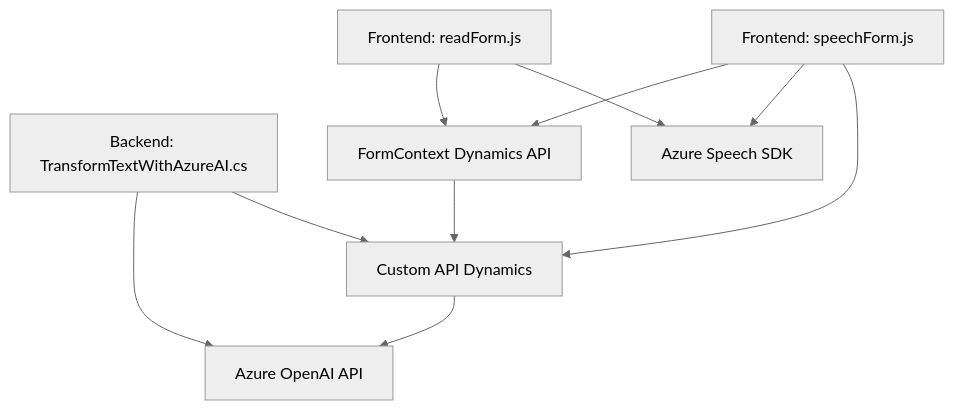
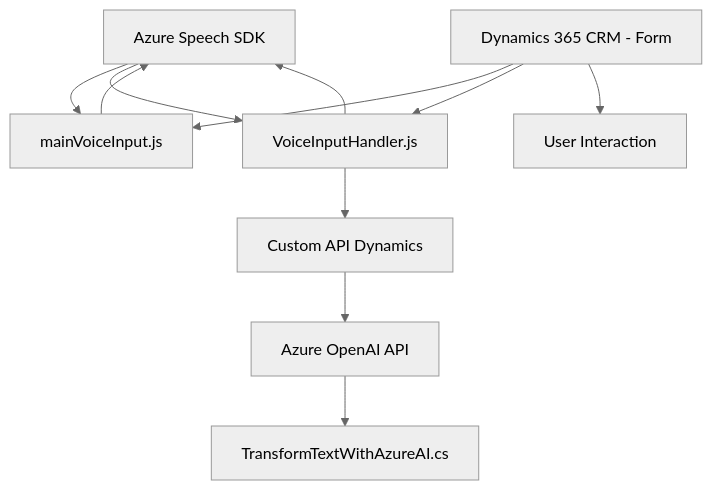
Before and after one commit to blopezdm/NETCORE_BILBAO2025: the diagram in README.md, drawn with Mermaid (neutral theme). The commit also changed other lines of this file, not shown here.

````diff
--- a/README.md
+++ b/README.md
@@ -65,20 +42,13 @@
 ```mermaid
 graph TD
-    A["Frontend: readForm.js"]
-    B["Frontend: speechForm.js"]
-    C["Backend: TransformTextWithAzureAI.cs"]
-    D["FormContext Dynamics API"]
-    E["Azure Speech SDK"]
-    F["Azure OpenAI API"]
-    G["Custom API Dynamics"]
-
-    A --> D
-    A --> E
-    B --> D
-    B --> E
-    B --> G
-    G --> F
-    C --> F
-    C --> G
-    D --> G
+    A["Azure Speech SDK"] --> B["mainVoiceInput.js"]
+    A --> C["VoiceInputHandler.js"]
+    D["Dynamics 365 CRM - Form"] --> B
+    D --> C
+    C --> E["Custom API Dynamics"]
+    E --> F["Azure OpenAI API"]
+    F --> G["TransformTextWithAzureAI.cs"]
+    B --> A
+    C --> A
+    D --> H["User Interaction"]
 ```
````
